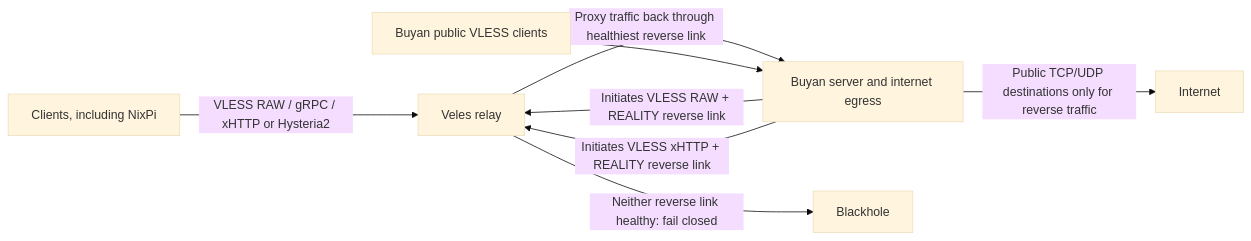
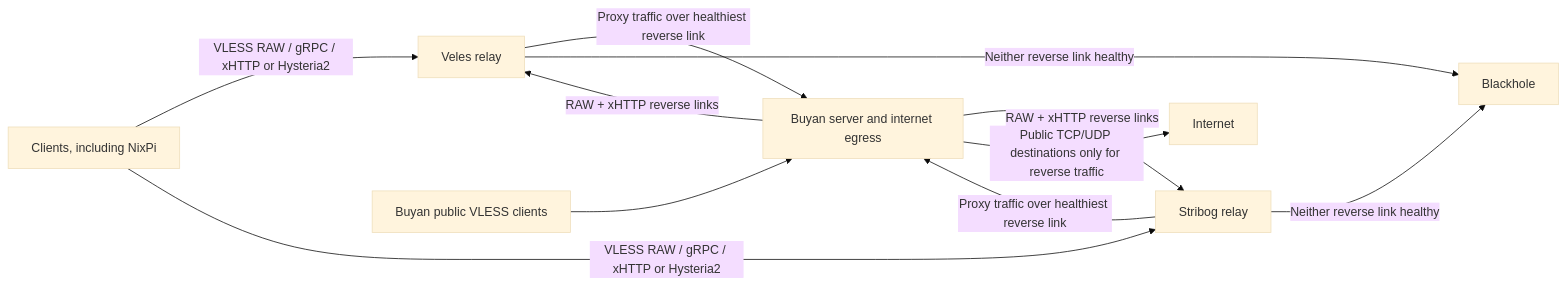
One commit to wellWINeo/my-nix changed the first of 2 diagrams in docs/proxy.md. Above: the diagram before and after it, drawn with Mermaid (base theme). The commit also changed other lines of this file and 11 other files, not shown here.

First line of the commit message:
Add Stribog Xray reverse relay (#977)

````diff
--- a/docs/proxy.md
+++ b/docs/proxy.md
@@ -5,10 +5,13 @@
 ```mermaid
 flowchart LR
     client[Clients, including NixPi] -->|VLESS RAW / gRPC / xHTTP or Hysteria2| veles[Veles relay]
-    buyan[Buyan server and internet egress] -->|Initiates VLESS RAW + REALITY reverse link| veles
-    buyan -->|Initiates VLESS xHTTP + REALITY reverse link| veles
-    veles -->|Proxy traffic back through healthiest reverse link| buyan
+    client -->|VLESS RAW / gRPC / xHTTP or Hysteria2| stribog[Stribog relay]
+    buyan[Buyan server and internet egress] -->|RAW + xHTTP reverse links| veles
+    buyan -->|RAW + xHTTP reverse links| stribog
+    veles -->|Proxy traffic over healthiest reverse link| buyan
+    stribog -->|Proxy traffic over healthiest reverse link| buyan
     buyan -->|Public TCP/UDP destinations only for reverse traffic| internet[Internet]
     direct[Buyan public VLESS clients] --> buyan
-    veles -->|Neither reverse link healthy: fail closed| blocked[Blackhole]
+    veles -->|Neither reverse link healthy| blocked[Blackhole]
+    stribog -->|Neither reverse link healthy| blocked
 ```
````
